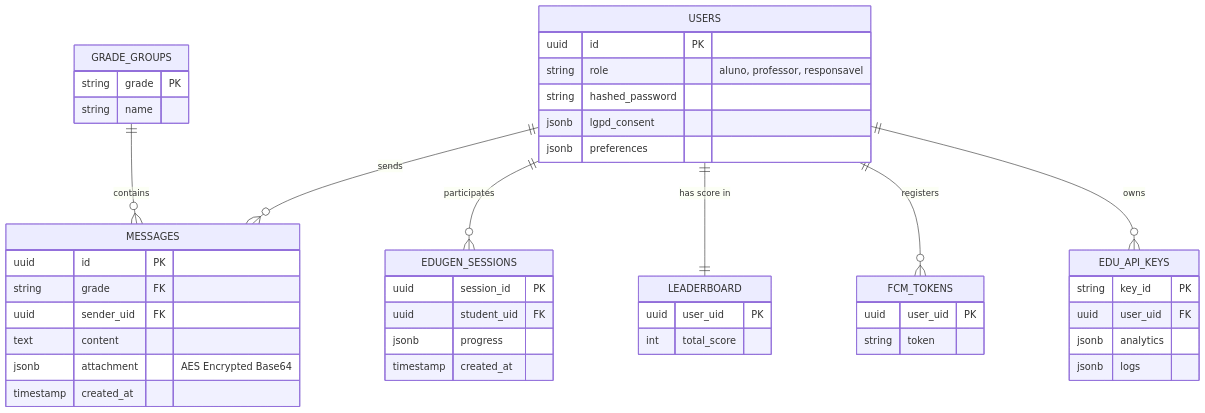
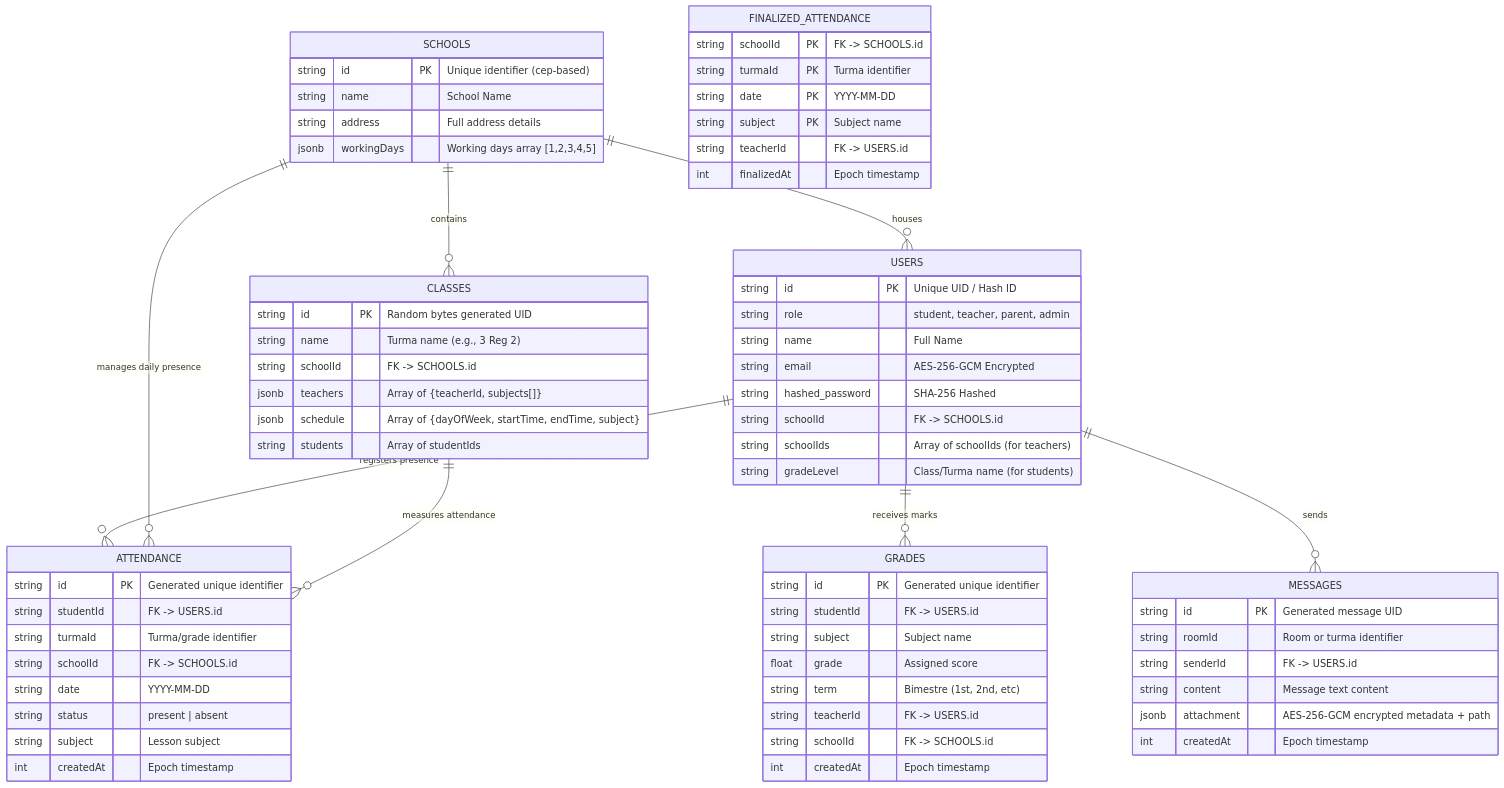
The fourth of 6 diagrams in README.md (EduTok/map), drawn with Mermaid before and after one commit. The commit also changed other lines of this file, not shown here.

````diff
--- a/README.md
+++ b/README.md
@@ -100,49 +143,71 @@
 ```mermaid
 erDiagram
     USERS {
-        uuid id PK
-        string role "aluno, professor, responsavel"
-        string hashed_password
-        jsonb lgpd_consent
-        jsonb preferences
+        string id PK "Unique UID / Hash ID"
+        string role "student, teacher, parent, admin"
+        string name "Full Name"
+        string email "AES-256-GCM Encrypted"
+        string hashed_password "SHA-256 Hashed"
+        string schoolId "FK -> SCHOOLS.id"
+        string schoolIds "Array of schoolIds (for teachers)"
+        string gradeLevel "Class/Turma name (for students)"
     }
-    GRADE_GROUPS {
-        string grade PK
-        string name
+    SCHOOLS {
+        string id PK "Unique identifier (cep-based)"
+        string name "School Name"
+        string address "Full address details"
+        jsonb workingDays "Working days array [1,2,3,4,5]"
+    }
+    CLASSES {
+        string id PK "Random bytes generated UID"
+        string name "Turma name (e.g., 3 Reg 2)"
+        string schoolId "FK -> SCHOOLS.id"
+        jsonb teachers "Array of {teacherId, subjects[]}"
+        jsonb schedule "Array of {dayOfWeek, startTime, endTime, subject}"
+        string students "Array of studentIds"
+    }
+    ATTENDANCE {
+        string id PK "Generated unique identifier"
+        string studentId "FK -> USERS.id"
+        string turmaId "Turma/grade identifier"
+        string schoolId "FK -> SCHOOLS.id"
+        string date "YYYY-MM-DD"
+        string status "present | absent"
+        string subject "Lesson subject"
+        int createdAt "Epoch timestamp"
+    }
+    FINALIZED_ATTENDANCE {
+        string schoolId PK "FK -> SCHOOLS.id"
+        string turmaId PK "Turma identifier"
+        string date PK "YYYY-MM-DD"
+        string subject PK "Subject name"
+        string teacherId "FK -> USERS.id"
+        int finalizedAt "Epoch timestamp"
+    }
+    GRADES {
+        string id PK "Generated unique identifier"
+        string studentId "FK -> USERS.id"
+        string subject "Subject name"
+        float grade "Assigned score"
+        string term "Bimestre (1st, 2nd, etc)"
+        string teacherId "FK -> USERS.id"
+        string schoolId "FK -> SCHOOLS.id"
+        int createdAt "Epoch timestamp"
     }
     MESSAGES {
-        uuid id PK
-        string grade FK
-        uuid sender_uid FK
-        text content
-        jsonb attachment "AES Encrypted Base64"
-        timestamp created_at
-    }
-    EDUGEN_SESSIONS {
-        uuid session_id PK
-        uuid student_uid FK
-        jsonb progress
-        timestamp created_at
-    }
-    LEADERBOARD {
-        uuid user_uid PK
-        int total_score
-    }
-    FCM_TOKENS {
-        uuid user_uid PK
-        string token
-    }
-    EDU_API_KEYS {
-        string key_id PK
-        uuid user_uid FK
-        jsonb analytics
-        jsonb logs
+        string id PK "Generated message UID"
+        string roomId "Room or turma identifier"
+        string senderId "FK -> USERS.id"
+        string content "Message text content"
+        jsonb attachment "AES-256-GCM encrypted metadata + path"
+        int createdAt "Epoch timestamp"
     }
 
+    SCHOOLS ||--o{ USERS : "houses"
+    SCHOOLS ||--o{ CLASSES : "contains"
+    USERS ||--o{ ATTENDANCE : "registers presence"
+    SCHOOLS ||--o{ ATTENDANCE : "manages daily presence"
+    CLASSES ||--o{ ATTENDANCE : "measures attendance"
+    USERS ||--o{ GRADES : "receives marks"
     USERS ||--o{ MESSAGES : "sends"
-    GRADE_GROUPS ||--o{ MESSAGES : "contains"
-    USERS ||--o{ EDUGEN_SESSIONS : "participates"
-    USERS ||--|| LEADERBOARD : "has score in"
-    USERS ||--o{ FCM_TOKENS : "registers"
-    USERS ||--o{ EDU_API_KEYS : "owns"
 ```
````
